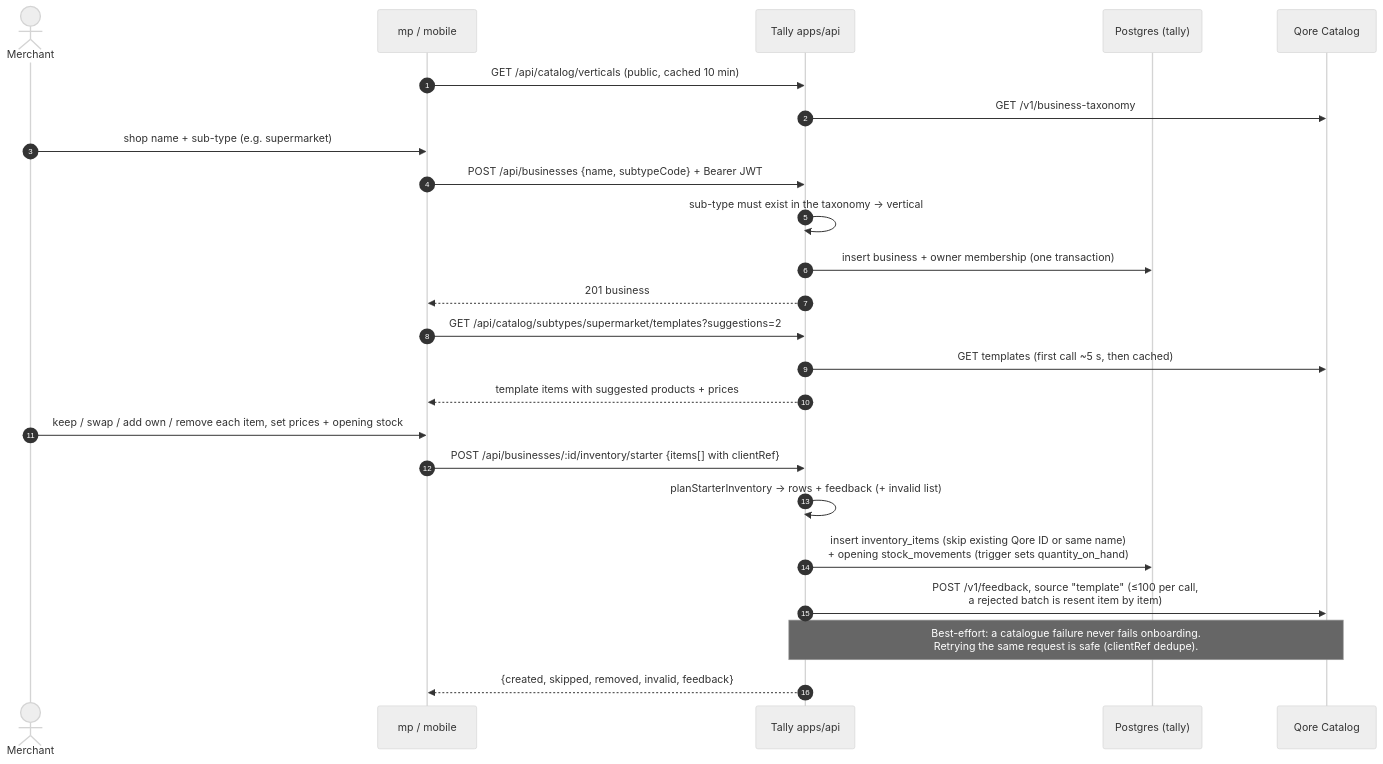
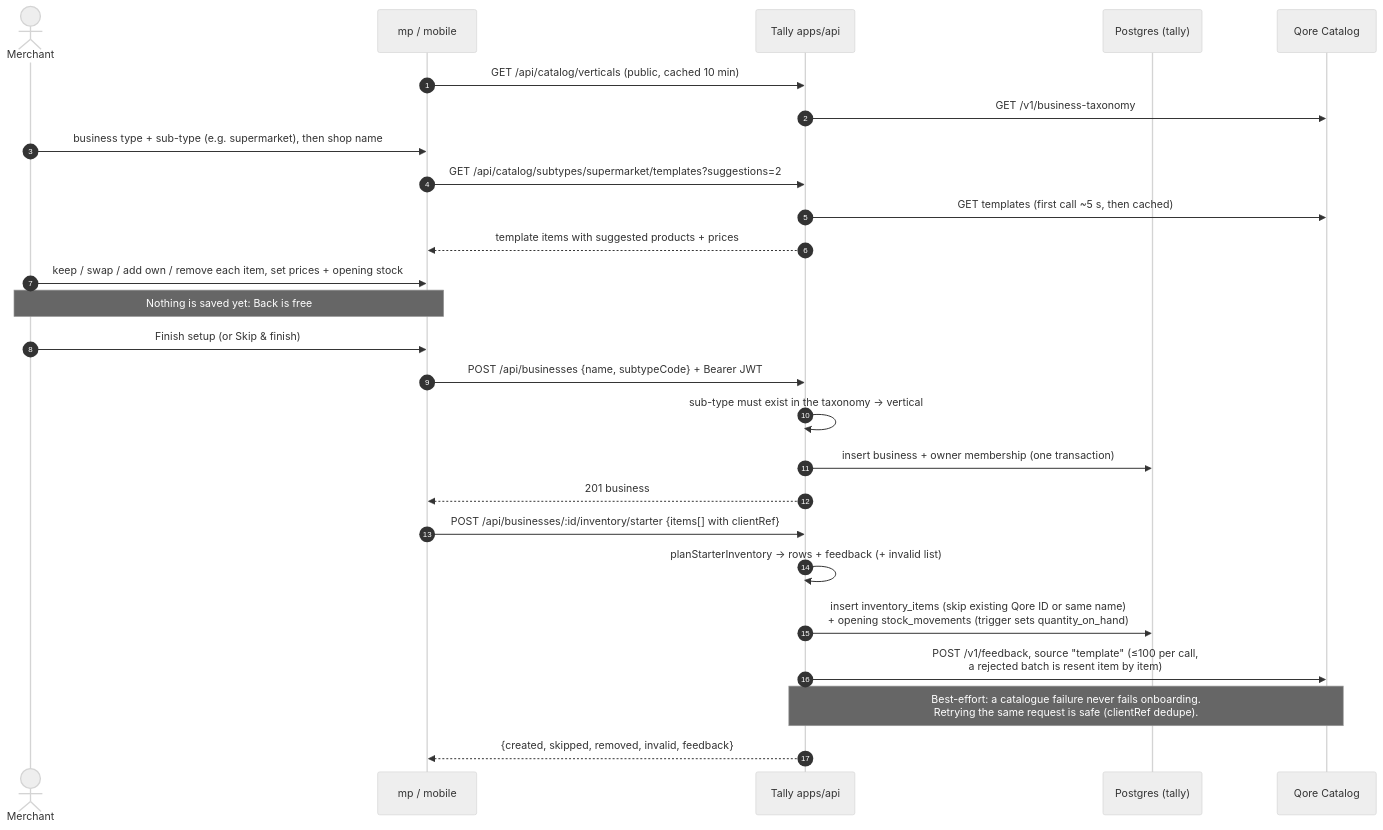
One commit to usecorehq/tally changed the diagram in docs/diagrams/mermaid/onboarding-sequence.mmd. Above: the diagram before and after it, drawn with Mermaid. The commit also changed 16 other files, not shown here.

```diff
--- a/docs/diagrams/mermaid/onboarding-sequence.mmd
+++ b/docs/diagrams/mermaid/onboarding-sequence.mmd
@@ -1,28 +1,31 @@
 %%{init: {"theme": "neutral"} }%%
 sequenceDiagram
     autonumber
     actor M as Merchant
     participant W as mp / mobile
     participant A as Tally apps/api
     participant D as Postgres (tally)
     participant Q as Qore Catalog
 
     W->>A: GET /api/catalog/verticals (public, cached 10 min)
     A->>Q: GET /v1/business-taxonomy
-    M->>W: shop name + sub-type (e.g. supermarket)
-    W->>A: POST /api/businesses {name, subtypeCode} + Bearer JWT
-    A->>A: sub-type must exist in the taxonomy → vertical
-    A->>D: insert business + owner membership (one transaction)
-    A-->>W: 201 business
+    M->>W: business type + sub-type (e.g. supermarket), then shop name
 
     W->>A: GET /api/catalog/subtypes/supermarket/templates?suggestions=2
     A->>Q: GET templates (first call ~5 s, then cached)
     A-->>W: template items with suggested products + prices
     M->>W: keep / swap / add own / remove each item, set prices + opening stock
+    Note over M,W: Nothing is saved yet: Back is free
+
+    M->>W: Finish setup (or Skip & finish)
+    W->>A: POST /api/businesses {name, subtypeCode} + Bearer JWT
+    A->>A: sub-type must exist in the taxonomy → vertical
+    A->>D: insert business + owner membership (one transaction)
+    A-->>W: 201 business
 
     W->>A: POST /api/businesses/:id/inventory/starter {items[] with clientRef}
     A->>A: planStarterInventory → rows + feedback (+ invalid list)
     A->>D: insert inventory_items (skip existing Qore ID or same name)<br/>+ opening stock_movements (trigger sets quantity_on_hand)
     A->>Q: POST /v1/feedback, source "template" (≤100 per call,<br/>a rejected batch is resent item by item)
     Note over A,Q: Best-effort: a catalogue failure never fails onboarding.<br/>Retrying the same request is safe (clientRef dedupe).
     A-->>W: {created, skipped, removed, invalid, feedback}
```
